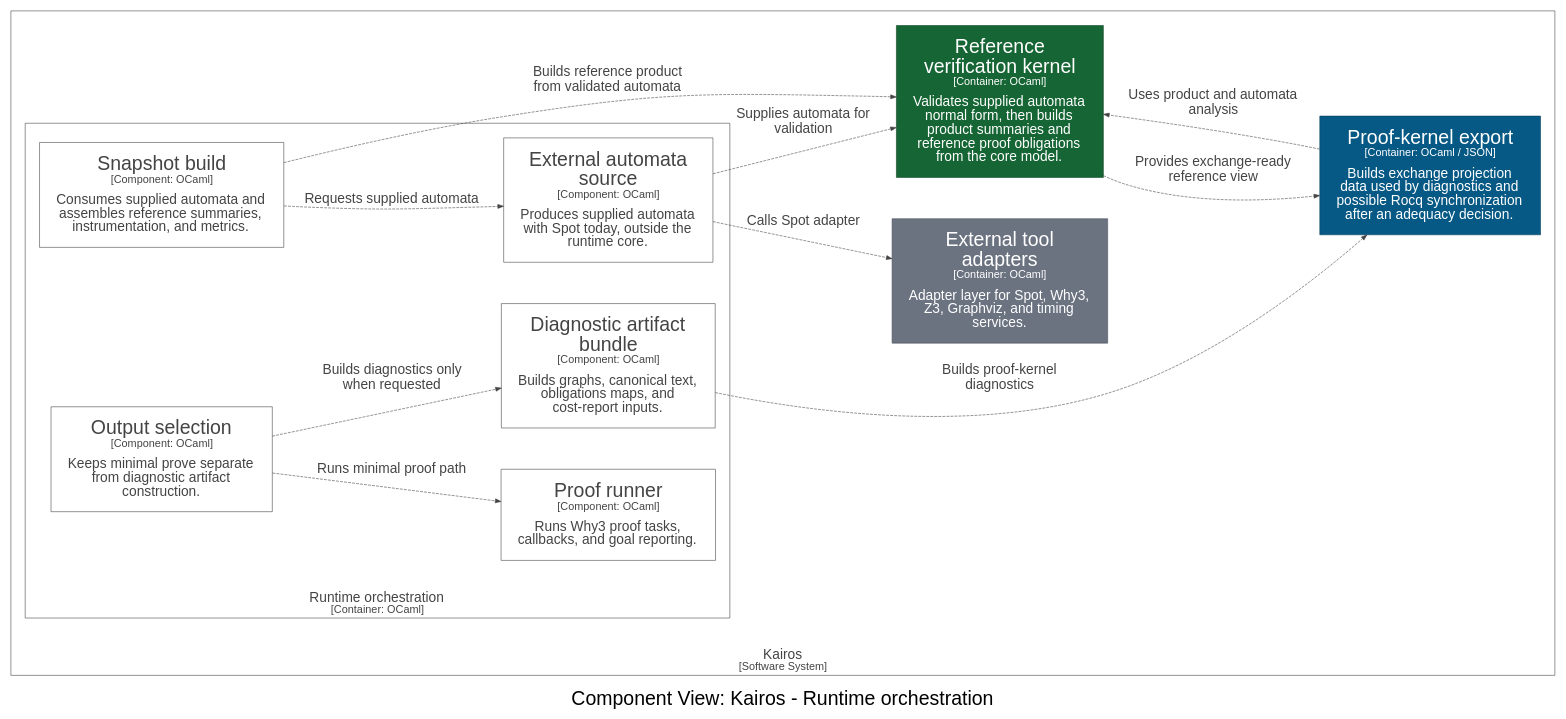
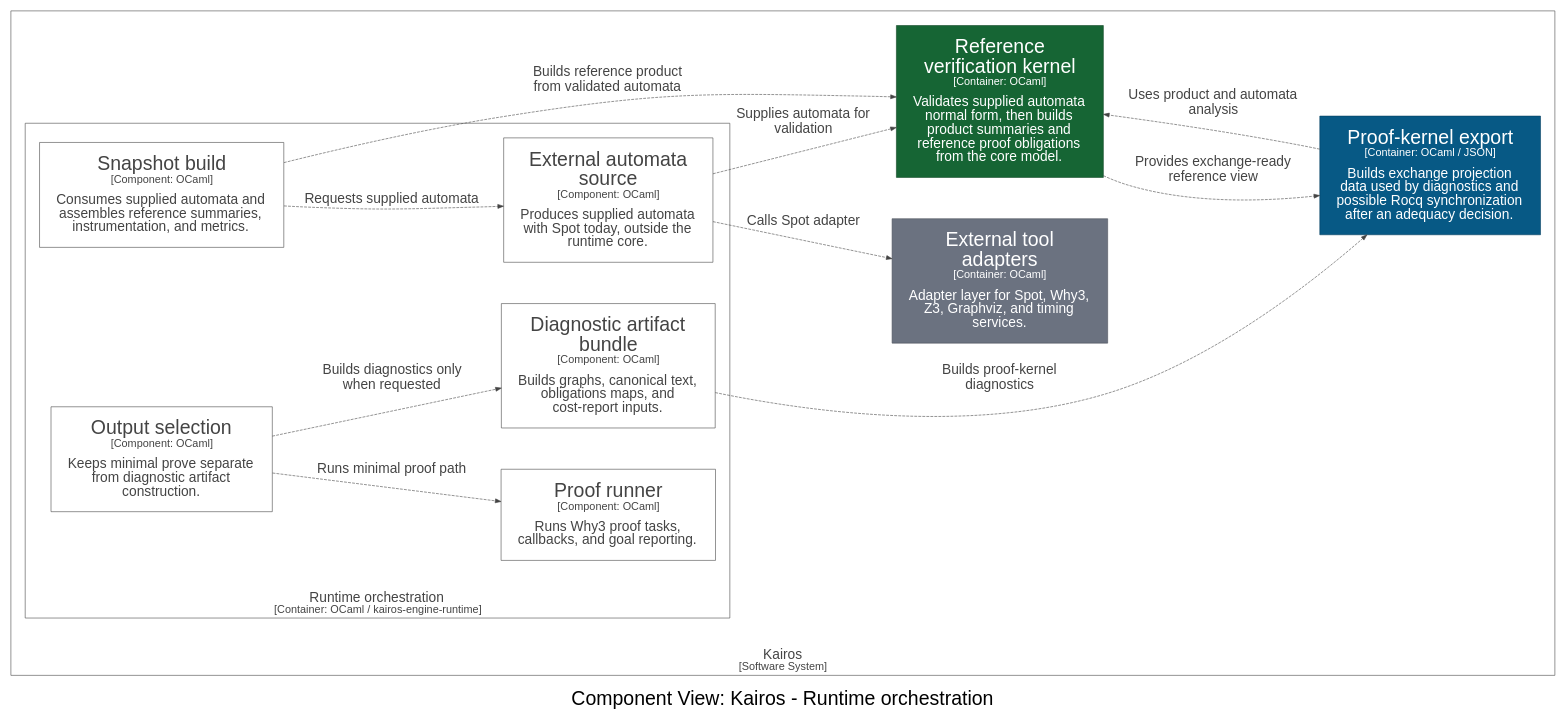
The diagram in docs/architecture/structurizr/export/dot/structurizr-kairos-runtime-components.dot (DabrowskiFr/Kairos), drawn with Graphviz before and after one commit. The commit also changed 50 other files, not shown here.

Commit message:
Extract concrete engine runtime package

```diff
--- a/docs/architecture/structurizr/export/dot/structurizr-kairos-runtime-components.dot
+++ b/docs/architecture/structurizr/export/dot/structurizr-kairos-runtime-components.dot
@@ -1,46 +1,46 @@
 digraph {
   compound=true
   graph [fontname="Arial", rankdir=LR, ranksep=1.0, nodesep=1.0]
   node [fontname="Arial", shape=box, margin="0.4,0.3"]
   edge [fontname="Arial"]
   label=<<br /><font point-size="34">Component View: Kairos - Runtime orchestration</font>>
 
   subgraph cluster_7 {
     margin=25
     label=<<font point-size="24"><br />Kairos</font><br /><font point-size="19">[Software System]</font>>
     labelloc=b
     color="#444444"
     fontcolor="#444444"
     fillcolor="#444444"
 
     subgraph cluster_22 {
       margin=25
-      label=<<font point-size="24"><br />Runtime orchestration</font><br /><font point-size="19">[Container: OCaml]</font>>
+      label=<<font point-size="24"><br />Runtime orchestration</font><br /><font point-size="19">[Container: OCaml / kairos-engine-runtime]</font>>
       labelloc=b
       color="#444444"
       fontcolor="#444444"
       fillcolor="#444444"
 
       23 [id=23,shape=rect, label=<<font point-size="34">Snapshot build</font><br /><font point-size="19">[Component: OCaml]</font><br /><br /><font point-size="24">Consumes supplied automata and<br />assembles reference summaries,<br />instrumentation, and metrics.</font>>, style=filled, color="#444444", fillcolor="#ffffff", fontcolor="#444444"]
       24 [id=24,shape=rect, label=<<font point-size="34">External automata<br />source</font><br /><font point-size="19">[Component: OCaml]</font><br /><br /><font point-size="24">Produces supplied automata<br />with Spot today, outside the<br />runtime core.</font>>, style=filled, color="#444444", fillcolor="#ffffff", fontcolor="#444444"]
       25 [id=25,shape=rect, label=<<font point-size="34">Output selection</font><br /><font point-size="19">[Component: OCaml]</font><br /><br /><font point-size="24">Keeps minimal prove separate<br />from diagnostic artifact<br />construction.</font>>, style=filled, color="#444444", fillcolor="#ffffff", fontcolor="#444444"]
       26 [id=26,shape=rect, label=<<font point-size="34">Proof runner</font><br /><font point-size="19">[Component: OCaml]</font><br /><br /><font point-size="24">Runs Why3 proof tasks,<br />callbacks, and goal reporting.</font>>, style=filled, color="#444444", fillcolor="#ffffff", fontcolor="#444444"]
       27 [id=27,shape=rect, label=<<font point-size="34">Diagnostic artifact<br />bundle</font><br /><font point-size="19">[Component: OCaml]</font><br /><br /><font point-size="24">Builds graphs, canonical text,<br />obligations maps, and<br />cost-report inputs.</font>>, style=filled, color="#444444", fillcolor="#ffffff", fontcolor="#444444"]
     }
 
     14 [id=14,shape=rect, label=<<font point-size="34">Reference<br />verification kernel</font><br /><font point-size="19">[Container: OCaml]</font><br /><br /><font point-size="24">Validates supplied automata<br />normal form, then builds<br />product summaries and<br />reference proof obligations<br />from the core model.</font>>, style=filled, color="#0f4624", fillcolor="#166534", fontcolor="#ffffff"]
     19 [id=19,shape=rect, label=<<font point-size="34">Proof-kernel export</font><br /><font point-size="19">[Container: OCaml / JSON]</font><br /><br /><font point-size="24">Builds exchange projection<br />data used by diagnostics and<br />possible Rocq synchronization<br />after an adequacy decision.</font>>, style=filled, color="#043e5d", fillcolor="#075985", fontcolor="#ffffff"]
     31 [id=31,shape=rect, label=<<font point-size="34">External tool<br />adapters</font><br /><font point-size="19">[Container: OCaml]</font><br /><br /><font point-size="24">Adapter layer for Spot, Why3,<br />Z3, Graphviz, and timing<br />services.</font>>, style=filled, color="#4a4f59", fillcolor="#6b7280", fontcolor="#ffffff"]
   }
 
   19 -> 14 [id=51, label=<<font point-size="24">Uses product and automata<br />analysis</font>>, style="dashed", color="#444444", fontcolor="#444444"]
   14 -> 19 [id=75, label=<<font point-size="24">Provides exchange-ready<br />reference view</font>>, style="dashed", color="#444444", fontcolor="#444444"]
   23 -> 24 [id=77, label=<<font point-size="24">Requests supplied automata</font>>, style="dashed", color="#444444", fontcolor="#444444"]
   24 -> 31 [id=78, label=<<font point-size="24">Calls Spot adapter</font>>, style="dashed", color="#444444", fontcolor="#444444"]
   24 -> 14 [id=80, label=<<font point-size="24">Supplies automata for<br />validation</font>>, style="dashed", color="#444444", fontcolor="#444444"]
   23 -> 14 [id=83, label=<<font point-size="24">Builds reference product<br />from validated automata</font>>, style="dashed", color="#444444", fontcolor="#444444"]
   25 -> 26 [id=86, label=<<font point-size="24">Runs minimal proof path</font>>, style="dashed", color="#444444", fontcolor="#444444"]
   25 -> 27 [id=87, label=<<font point-size="24">Builds diagnostics only<br />when requested</font>>, style="dashed", color="#444444", fontcolor="#444444"]
   27 -> 19 [id=89, label=<<font point-size="24">Builds proof-kernel<br />diagnostics</font>>, style="dashed", color="#444444", fontcolor="#444444"]
 
 }
```
